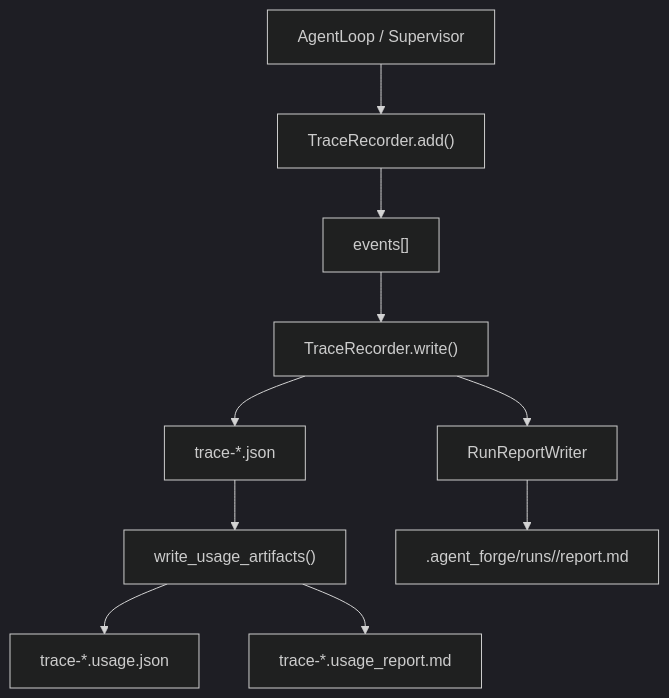
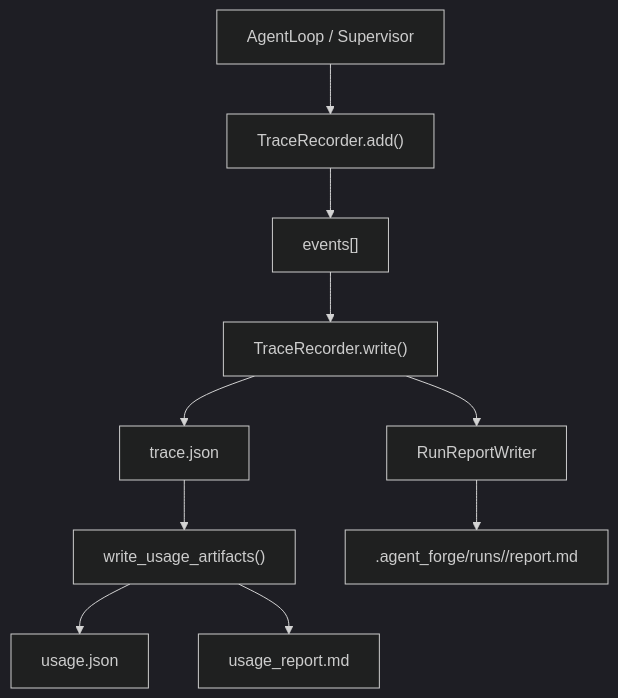
The sixth of 8 diagrams in docs/study-pack/08-runtime-call-chain-map.md (semi-hollow/NanoHarness), drawn with Mermaid (dark theme) before and after one commit. The commit also changed other lines of this file and 6 other files, not shown here.

````diff
--- a/docs/study-pack/08-runtime-call-chain-map.md
+++ b/docs/study-pack/08-runtime-call-chain-map.md
@@ -245,12 +245,12 @@
 ```mermaid
 flowchart TD
     A["AgentLoop / Supervisor"] --> B["TraceRecorder.add()"]
     B --> C["events[]"]
     C --> D["TraceRecorder.write()"]
-    D --> E["trace-*.json"]
+    D --> E["trace.json"]
     E --> F["write_usage_artifacts()"]
-    F --> G["trace-*.usage.json"]
-    F --> H["trace-*.usage_report.md"]
+    F --> G["usage.json"]
+    F --> H["usage_report.md"]
     D --> I["RunReportWriter"]
     I --> J[".agent_forge/runs/<id>/report.md"]
 ```
````
